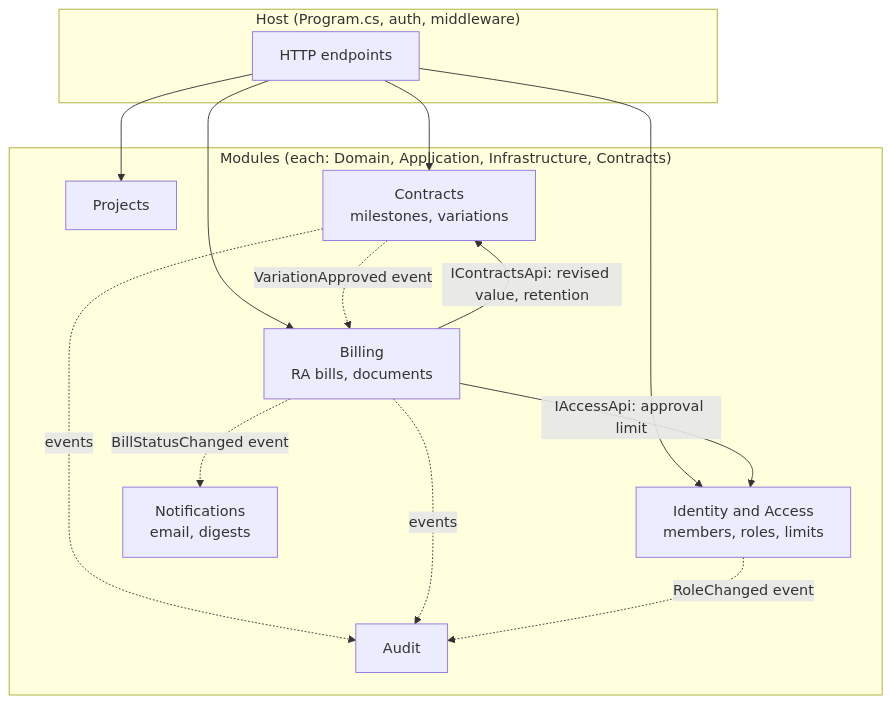
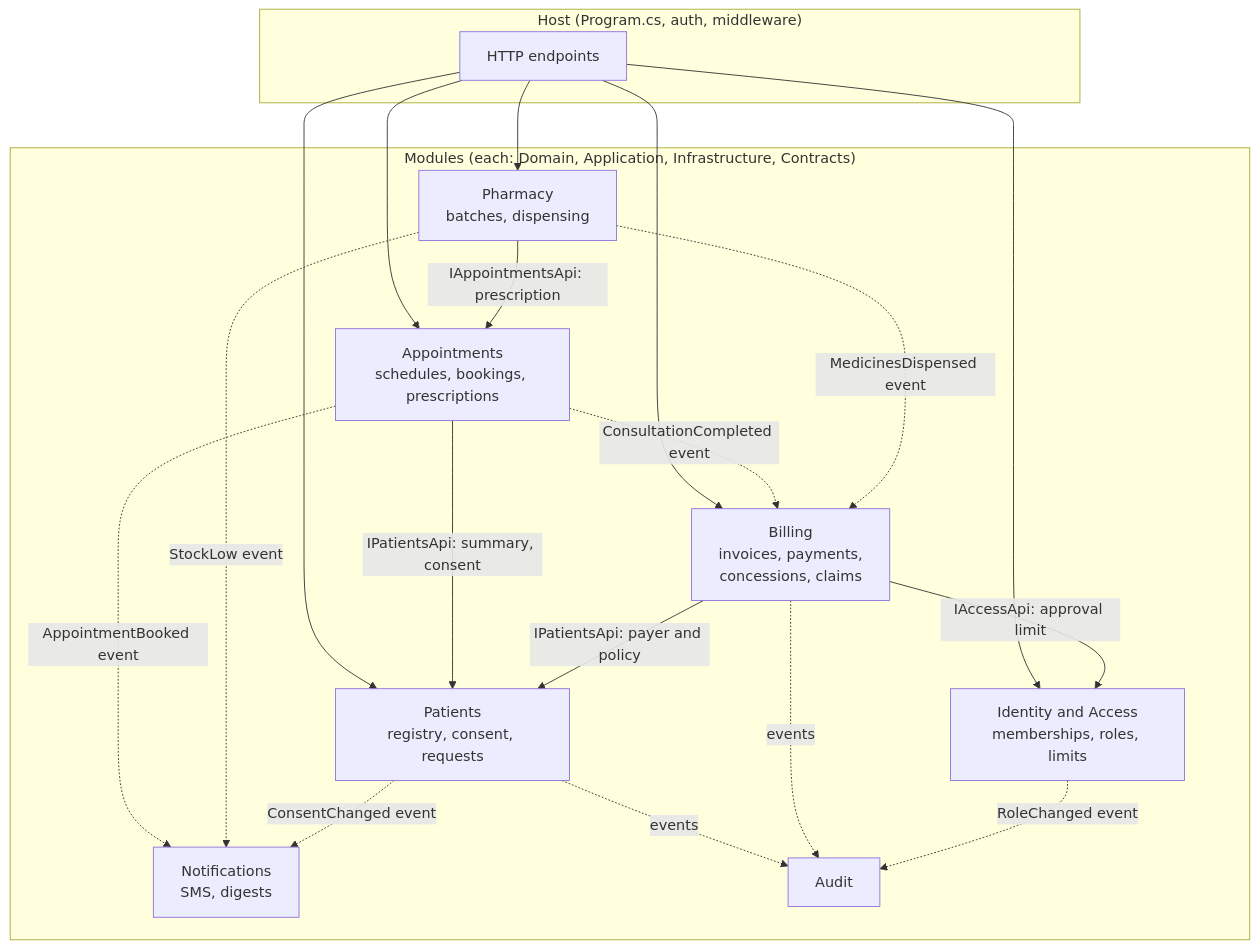
Before and after one commit to rizwi0786/system-design-lab: the third of 6 diagrams in content/lessons/m20/m20-capstone-a.md, drawn with Mermaid. The commit also changed other lines of this file and 334 other files, not shown here.

````diff
--- a/content/lessons/m20/m20-capstone-a.md
+++ b/content/lessons/m20/m20-capstone-a.md
@@ -202,25 +233,32 @@
 ```mermaid
 flowchart TB
     subgraph host["Host (Program.cs, auth, middleware)"]
         api["HTTP endpoints"]
     end
     subgraph mods["Modules (each: Domain, Application, Infrastructure, Contracts)"]
-        idm["Identity and Access<br/>members, roles, limits"]
-        prj["Projects"]
-        con["Contracts<br/>milestones, variations"]
-        bil["Billing<br/>RA bills, documents"]
-        ntf["Notifications<br/>email, digests"]
+        idm["Identity and Access<br/>memberships, roles, limits"]
+        pat["Patients<br/>registry, consent, requests"]
+        apt["Appointments<br/>schedules, bookings, prescriptions"]
+        bil["Billing<br/>invoices, payments,<br/>concessions, claims"]
+        phm["Pharmacy<br/>batches, dispensing"]
+        ntf["Notifications<br/>SMS, digests"]
         aud["Audit"]
     end
     api --> idm
-    api --> prj
-    api --> con
+    api --> pat
+    api --> apt
     api --> bil
-    bil -->|"IContractsApi: revised value, retention"| con
+    api --> phm
+    apt -->|"IPatientsApi: summary, consent"| pat
+    bil -->|"IPatientsApi: payer and policy"| pat
+    phm -->|"IAppointmentsApi: prescription"| apt
     bil -->|"IAccessApi: approval limit"| idm
-    con -.->|"VariationApproved event"| bil
-    bil -.->|"BillStatusChanged event"| ntf
-    con -.->|"events"| aud
+    apt -.->|"ConsultationCompleted event"| bil
+    phm -.->|"MedicinesDispensed event"| bil
+    apt -.->|"AppointmentBooked event"| ntf
+    phm -.->|"StockLow event"| ntf
+    pat -.->|"ConsentChanged event"| ntf
+    pat -.->|"events"| aud
     bil -.->|"events"| aud
     idm -.->|"RoleChanged event"| aud
 ```
````
